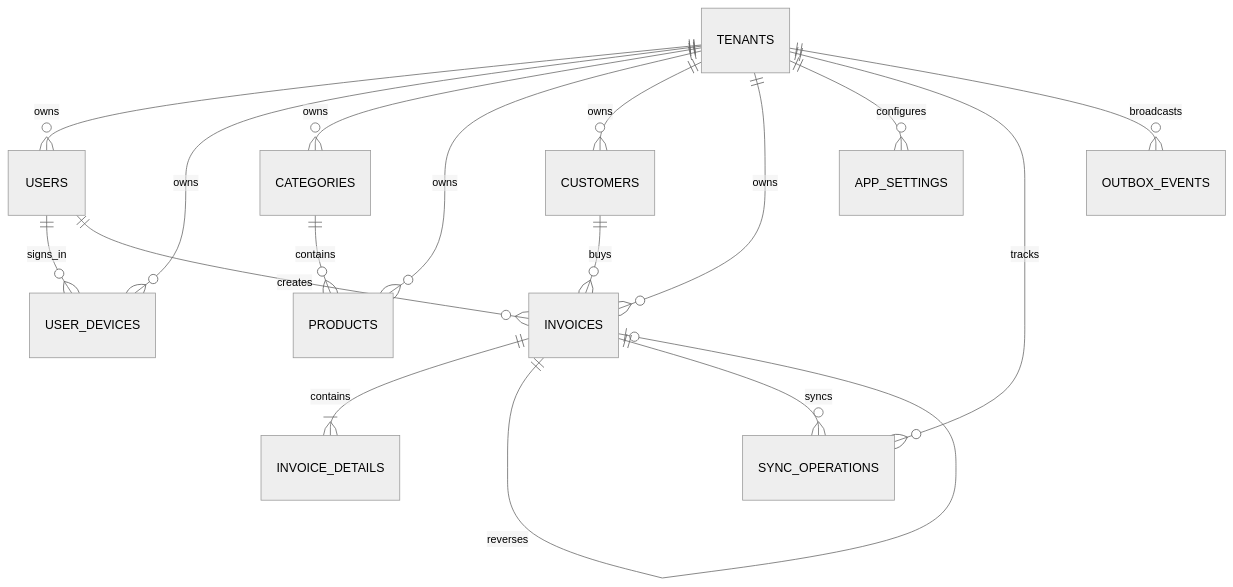
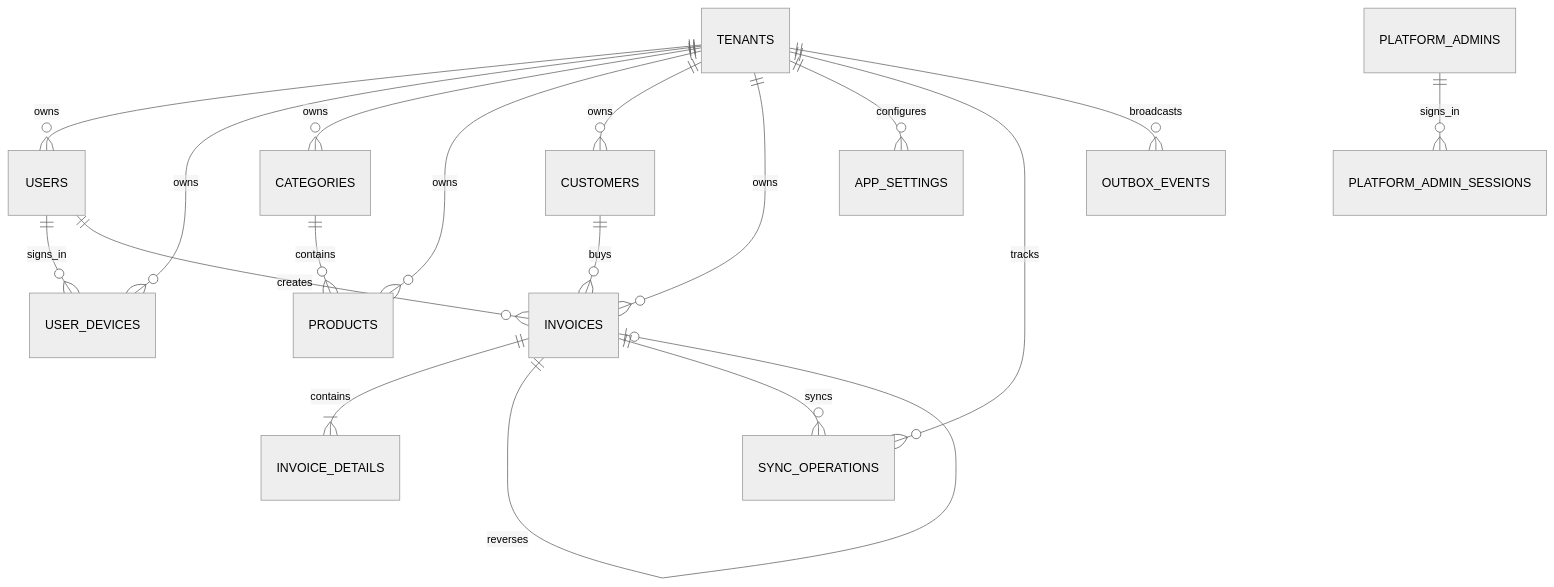
One commit to PanxiiPos/panxii-docs changed the diagram in database/database_design.md. Above: the diagram before and after it, drawn with Mermaid (neutral theme). The commit also changed other lines of this file and 6 other files, not shown here.

````diff
--- a/database/database_design.md
+++ b/database/database_design.md
@@ -43,19 +44,20 @@
 ```mermaid
 erDiagram
     TENANTS ||--o{ USERS : owns
     TENANTS ||--o{ USER_DEVICES : owns
     TENANTS ||--o{ CATEGORIES : owns
     TENANTS ||--o{ PRODUCTS : owns
     TENANTS ||--o{ CUSTOMERS : owns
     TENANTS ||--o{ INVOICES : owns
     TENANTS ||--o{ APP_SETTINGS : configures
     TENANTS ||--o{ SYNC_OPERATIONS : tracks
     TENANTS ||--o{ OUTBOX_EVENTS : broadcasts
     CATEGORIES ||--o{ PRODUCTS : contains
     CUSTOMERS ||--o{ INVOICES : buys
     USERS ||--o{ USER_DEVICES : signs_in
     USERS ||--o{ INVOICES : creates
+    PLATFORM_ADMINS ||--o{ PLATFORM_ADMIN_SESSIONS : signs_in
     INVOICES ||--|{ INVOICE_DETAILS : contains
     INVOICES ||--o| INVOICES : reverses
     INVOICES ||--o{ SYNC_OPERATIONS : syncs
 ```
````
